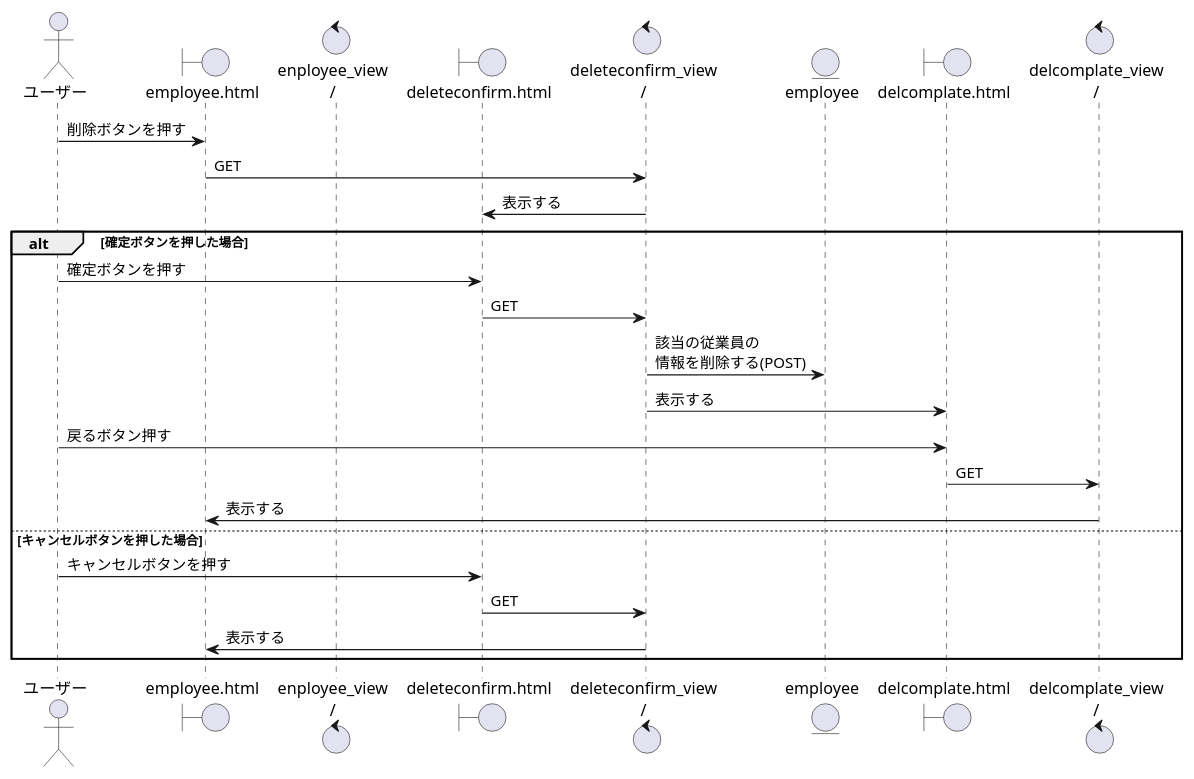
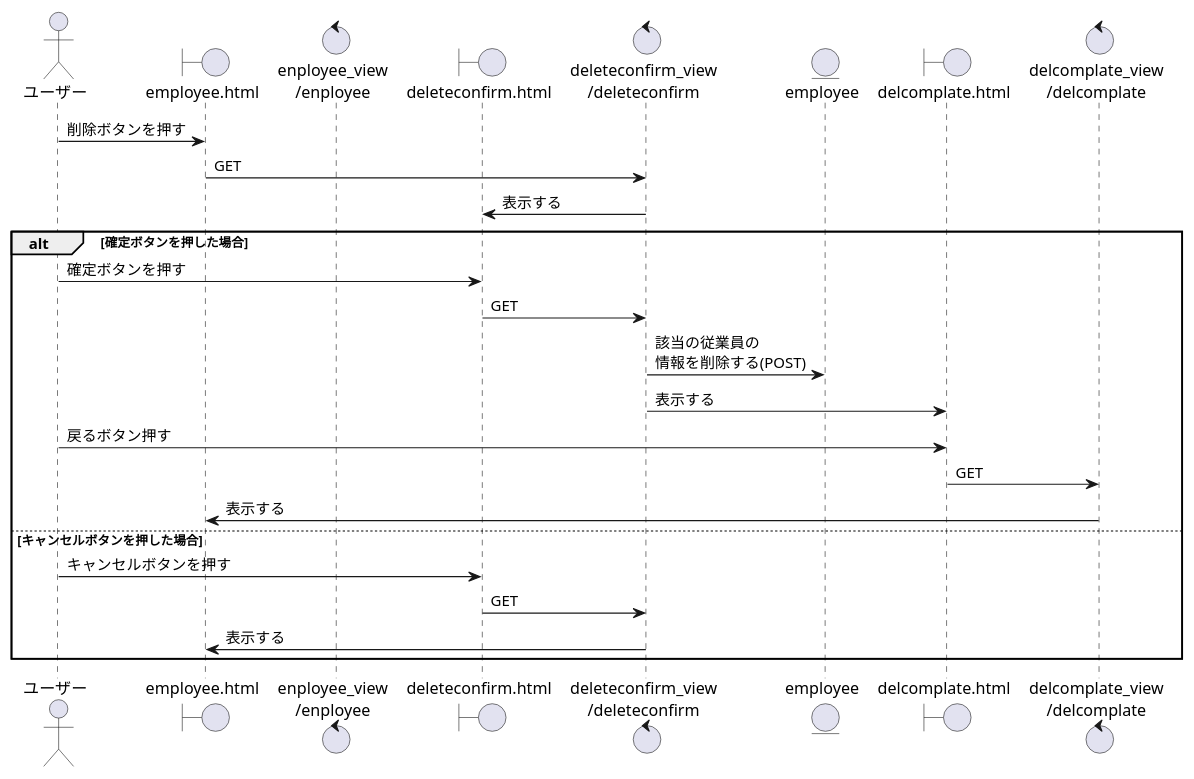
One commit to RK0309-art/gith_full_course changed diagram 13 of 14 in シーケンス図_書籍検索システム_django.puml. Above: the diagram before and after it, drawn with PlantUML. The commit also changed other lines of this file, not shown here.

```diff
--- a/シーケンス図_書籍検索システム_django.puml
+++ b/シーケンス図_書籍検索システム_django.puml
@@ -236,30 +235,30 @@
 @startuml 従業員を削除する
 
 actor ユーザー as U
 boundary "employee.html" as EH
-control "enployee_view\n/" as EV
+control "enployee_view\n/enployee" as EV
 boundary "deleteconfirm.html" as DH
-control "deleteconfirm_view\n/" as DV
+control "deleteconfirm_view\n/deleteconfirm" as DV
 entity "employee" as E
 boundary "delcomplate.html" as DC
-control "delcomplate_view\n/" as CV 
+control "delcomplate_view\n/delcomplate" as CV 
 
 U -> EH : 削除ボタンを押す
 EH -> DV : GET
 DV -> DH : 表示する
 alt 確定ボタンを押した場合
 U -> DH : 確定ボタンを押す
 DH -> DV : GET
 DV -> E : 該当の従業員の\n情報を削除する(POST)
 DV -> DC : 表示する
 U -> DC : 戻るボタン押す
 DC -> CV : GET
 CV -> EH : 表示する
 else キャンセルボタンを押した場合
 U -> DH :キャンセルボタンを押す
 DH -> DV :GET
 DV -> EH : 表示する
 end
 
 
 @enduml
```
